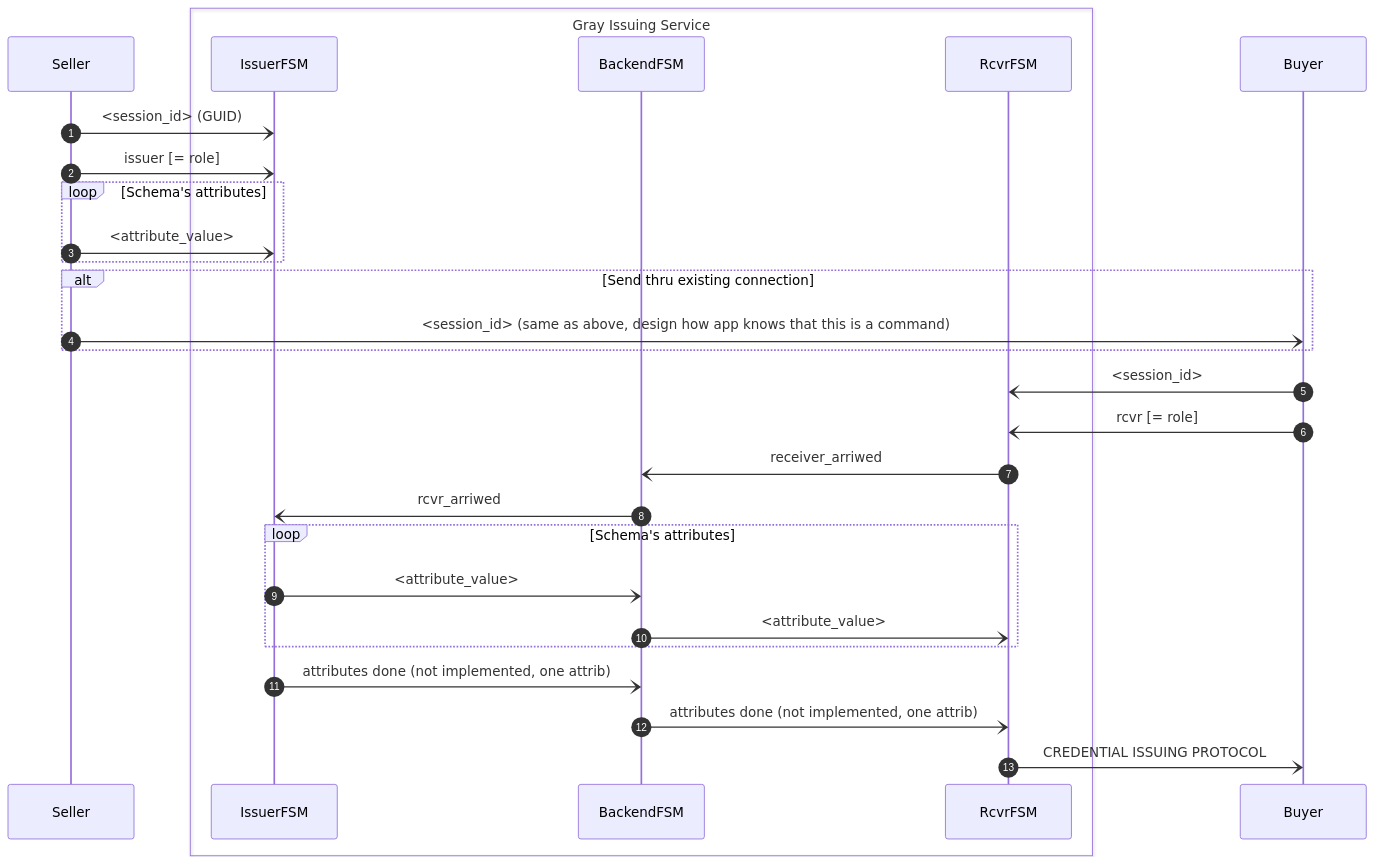
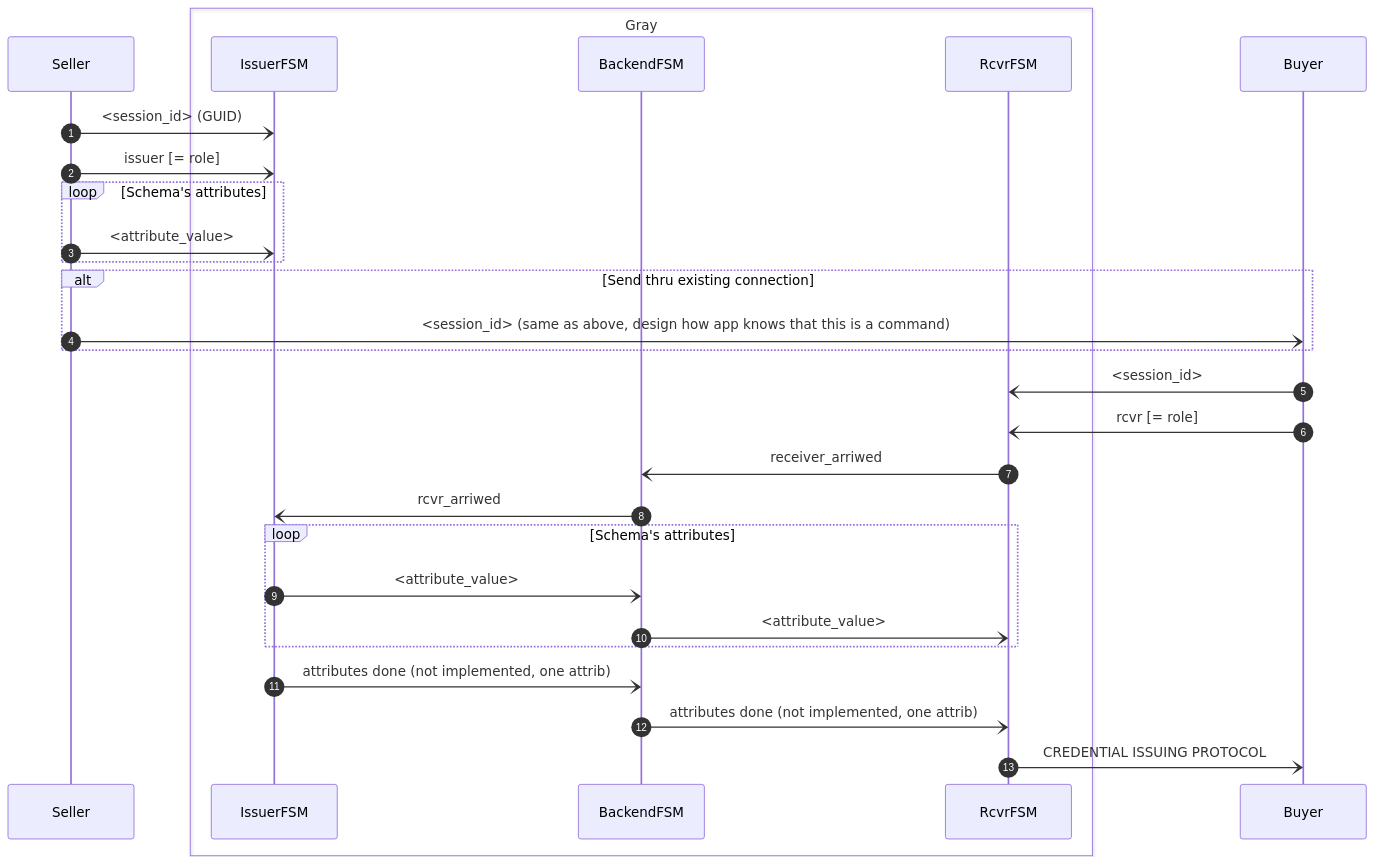
Before and after one commit to findy-network/findy-agent-cli: the diagram in scripts/fullstack/fsm/README.md, drawn with Mermaid.

Commit message:
transparent Gray, no descrption is mermeids syntax?

````diff
--- a/scripts/fullstack/fsm/README.md
+++ b/scripts/fullstack/fsm/README.md
@@ -183,38 +183,38 @@
 ```mermaid
 sequenceDiagram
     autonumber
 
     participant Seller
 
-    box transparent Gray Issuing Service
+    box transparent Gray
     participant IssuerFSM
     participant BackendFSM
     participant RcvrFSM
     end
 
     participant Buyer
 
     Seller -) IssuerFSM: <session_id> (GUID)
     Seller -) IssuerFSM: issuer [= role]
     loop Schema's attributes
     Seller -) IssuerFSM: <attribute_value>
     end
 
     alt Send thru existing connection 
     Seller -) Buyer: <session_id> (same as above, design how app knows that this is a command)
     end
 
     Buyer -) RcvrFSM: <session_id>
     Buyer -) RcvrFSM: rcvr [= role]
 
     RcvrFSM -) BackendFSM: receiver_arriwed
     BackendFSM -) IssuerFSM: rcvr_arriwed
     loop Schema's attributes
     IssuerFSM -) BackendFSM: <attribute_value>
     BackendFSM -) RcvrFSM: <attribute_value>
     end
     IssuerFSM -) BackendFSM: attributes done (not implemented, one attrib)
     BackendFSM -) RcvrFSM: attributes done (not implemented, one attrib)
 
     RcvrFSM -) Buyer: CREDENTIAL ISSUING PROTOCOL
 ```
````
